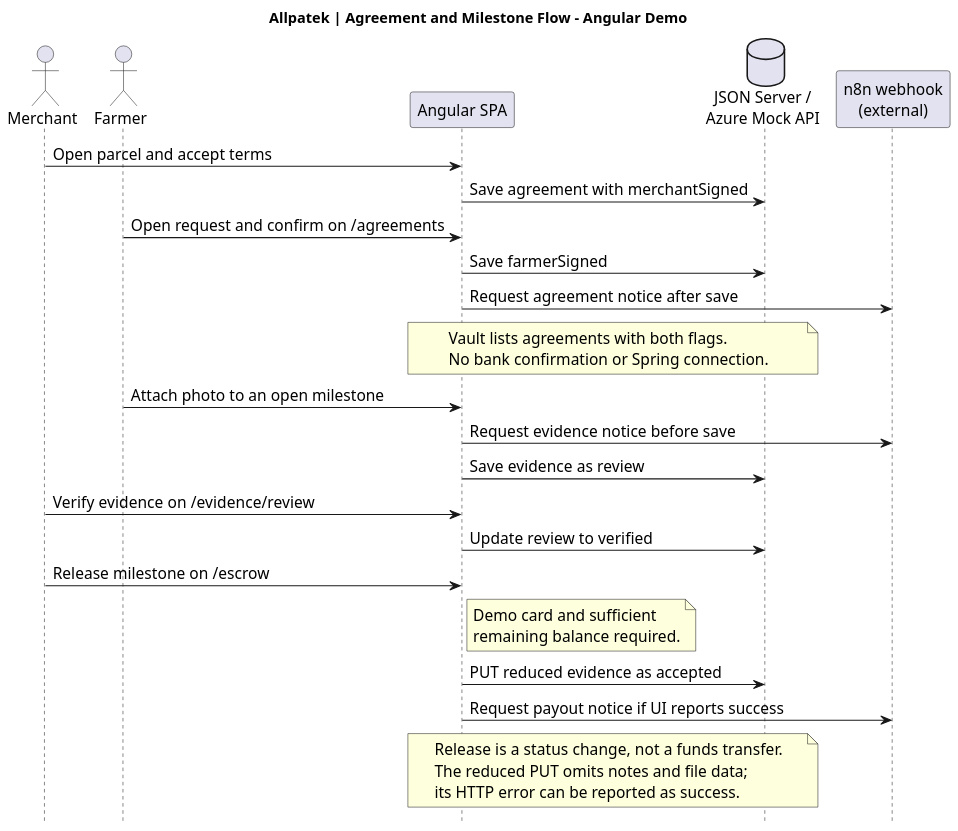
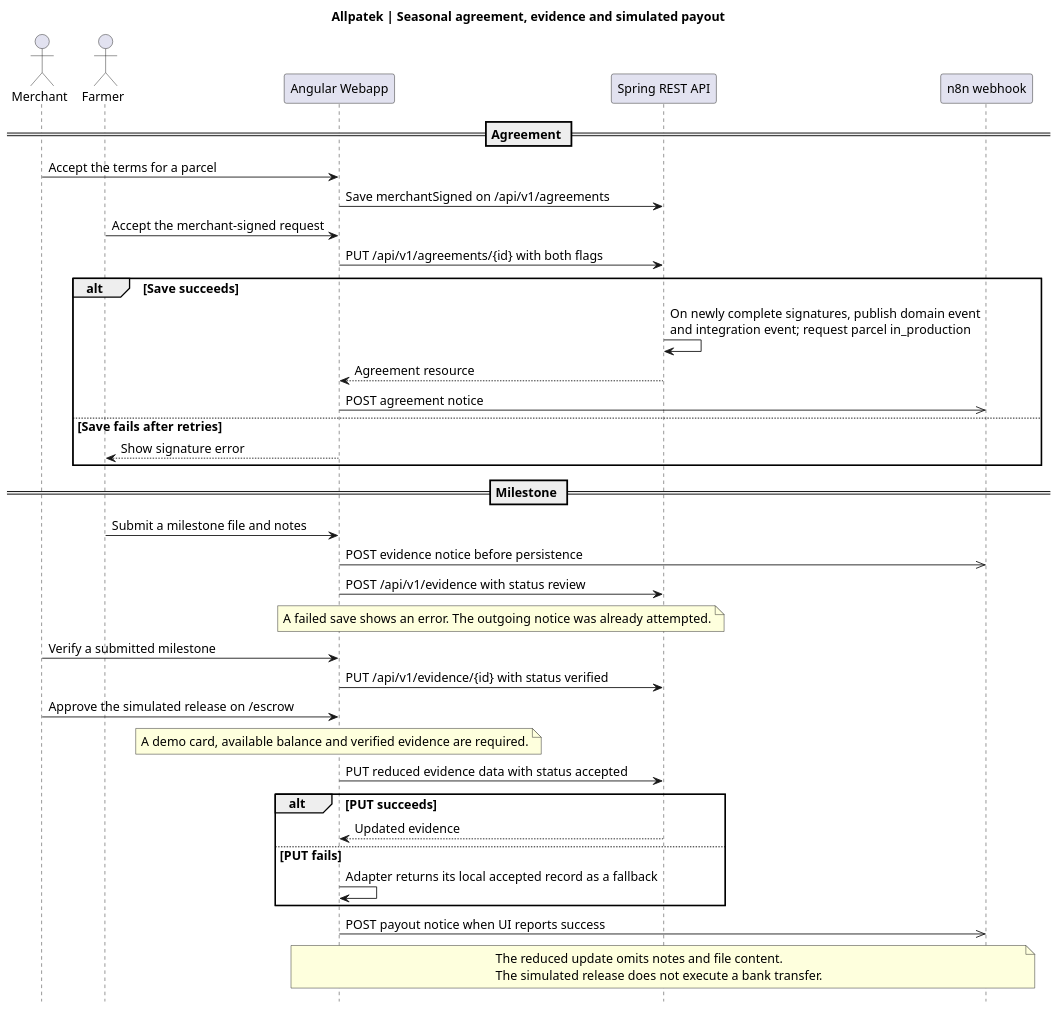
One commit to upc-pre-202620-1asi0729-7753-Terranova/allpatek-report changed the diagram in assets/chapter-04/architecture/18-flow-agreement-evidence.puml. Above: the diagram before and after it, drawn with PlantUML. The commit also changed 3 other files, not shown here.

Commit message:
docs(flows): trace agreement and evidence writes through Spring

```diff
--- a/assets/chapter-04/architecture/18-flow-agreement-evidence.puml
+++ b/assets/chapter-04/architecture/18-flow-agreement-evidence.puml
@@ -1,35 +1,44 @@
 @startuml
-title Allpatek | Agreement and Milestone Flow - Angular Demo
-skinparam backgroundColor white
+title Allpatek | Seasonal agreement, evidence and simulated payout
 skinparam shadowing false
 skinparam defaultFontName SansSerif
-skinparam defaultFontSize 15
-skinparam dpi 140
+skinparam defaultFontSize 14
+skinparam dpi 120
 hide footbox
 actor Merchant
 actor Farmer
-participant "Angular SPA" as Web
-database "JSON Server /\nAzure Mock API" as Mock
-participant "n8n webhook\n(external)" as N8n
+participant "Angular Webapp" as Web
+participant "Spring REST API" as Api
+participant "n8n webhook" as N8n
 
-Merchant -> Web : Open parcel and accept terms
-Web -> Mock : Save agreement with merchantSigned
-Farmer -> Web : Open request and confirm on /agreements
-Web -> Mock : Save farmerSigned
-Web -> N8n : Request agreement notice after save
-note over Web,Mock : Vault lists agreements with both flags.\nNo bank confirmation or Spring connection.
-Farmer -> Web : Attach photo to an open milestone
-Web -> N8n : Request evidence notice before save
-Web -> Mock : Save evidence as review
-Merchant -> Web : Verify evidence on /evidence/review
-Web -> Mock : Update review to verified
-Merchant -> Web : Release milestone on /escrow
-note right of Web : Demo card and sufficient\nremaining balance required.
-Web -> Mock : PUT reduced evidence as accepted
-Web -> N8n : Request payout notice if UI reports success
-note over Web,Mock
-  Release is a status change, not a funds transfer.
-  The reduced PUT omits notes and file data;
-  its HTTP error can be reported as success.
-end note
+== Agreement ==
+Merchant -> Web : Accept the terms for a parcel
+Web -> Api : Save merchantSigned on /api/v1/agreements
+Farmer -> Web : Accept the merchant-signed request
+Web -> Api : PUT /api/v1/agreements/{id} with both flags
+alt Save succeeds
+  Api -> Api : On newly complete signatures, publish domain event\nand integration event; request parcel in_production
+  Api --> Web : Agreement resource
+  Web ->> N8n : POST agreement notice
+else Save fails after retries
+  Web --> Farmer : Show signature error
+end
+
+== Milestone ==
+Farmer -> Web : Submit a milestone file and notes
+Web ->> N8n : POST evidence notice before persistence
+Web -> Api : POST /api/v1/evidence with status review
+note over Web,Api : A failed save shows an error. The outgoing notice was already attempted.
+Merchant -> Web : Verify a submitted milestone
+Web -> Api : PUT /api/v1/evidence/{id} with status verified
+Merchant -> Web : Approve the simulated release on /escrow
+note over Web : A demo card, available balance and verified evidence are required.
+Web -> Api : PUT reduced evidence data with status accepted
+alt PUT succeeds
+  Api --> Web : Updated evidence
+else PUT fails
+  Web -> Web : Adapter returns its local accepted record as a fallback
+end
+Web ->> N8n : POST payout notice when UI reports success
+note over Web,N8n : The reduced update omits notes and file content.\nThe simulated release does not execute a bank transfer.
 @enduml
```
